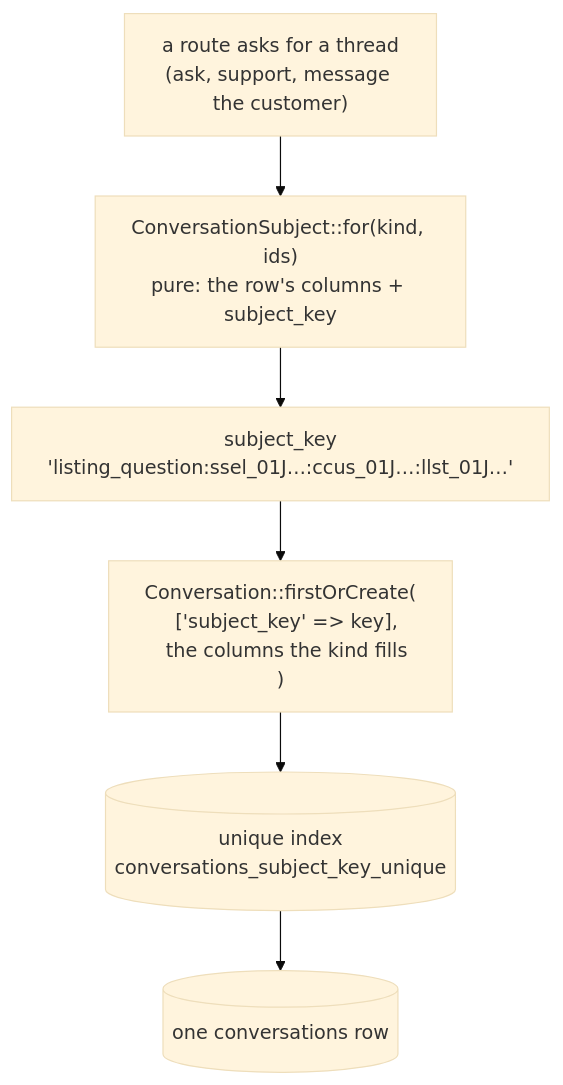
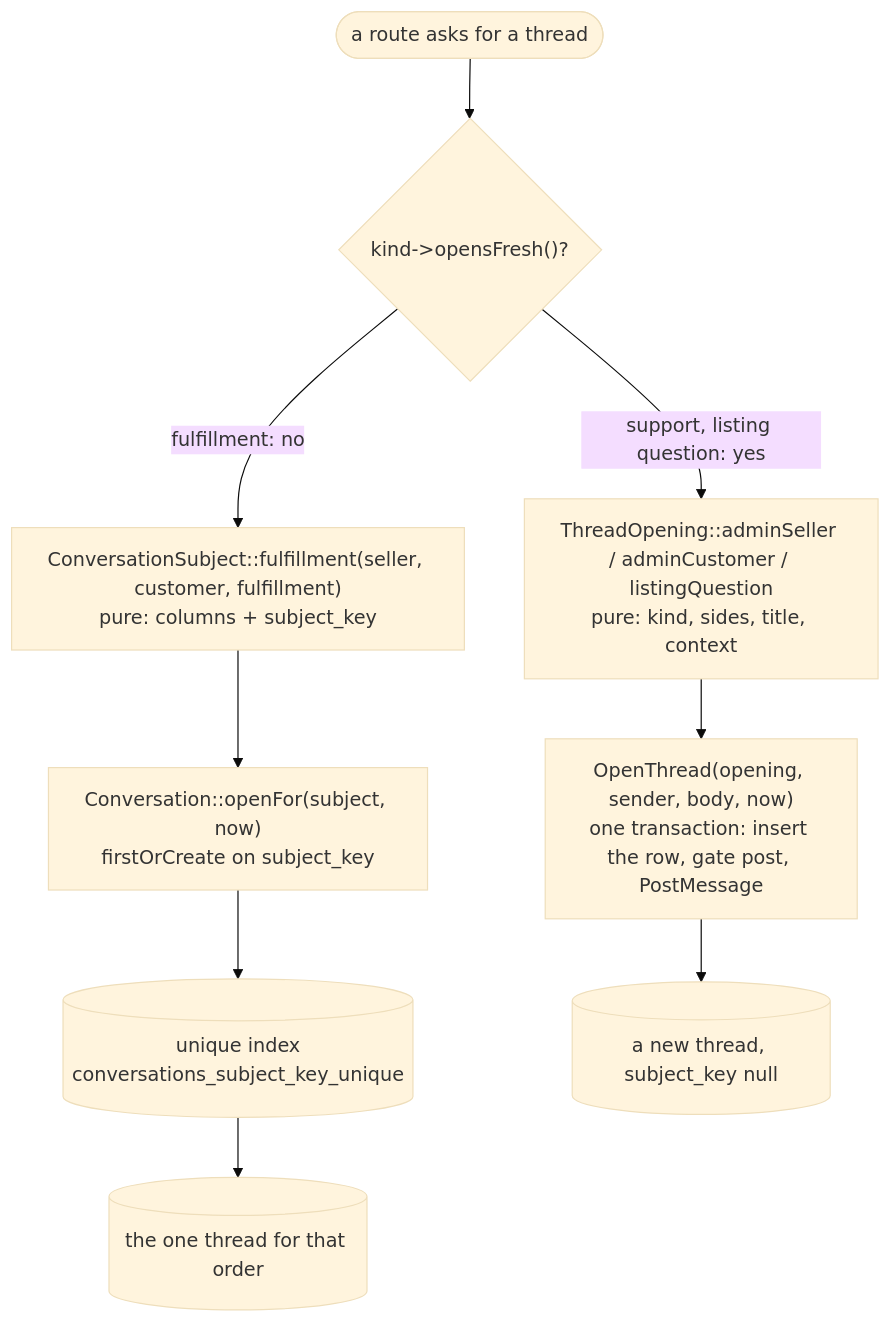
One commit to jonathan-beebe/art-store changed the second of 7 diagrams in prototype/php/docs/messaging.md. Above: the diagram before and after it, drawn with Mermaid (base theme). The commit also changed other lines of this file and 156 other files, not shown here.

First line of the commit message:
feat[php]: messaging becomes a first-class support and relationship tool [NO-TICKET] (#62)

````diff
--- a/prototype/php/docs/messaging.md
+++ b/prototype/php/docs/messaging.md
@@ -58,8 +111,11 @@
 ```mermaid
 flowchart TD
-    entry["a route asks for a thread\n(ask, support, message the customer)"] --> subject["ConversationSubject::for(kind, ids)\npure: the row's columns + subject_key"]
-    subject --> key["subject_key\n'listing_question:ssel_01J…:ccus_01J…:llst_01J…'"]
-    key --> find["Conversation::firstOrCreate(\n  ['subject_key' => key],\n  the columns the kind fills\n)"]
+    ask(["a route asks for a thread"]) --> kind{"kind->opensFresh()?"}
+    kind -- "fulfillment: no" --> subject["ConversationSubject::fulfillment(seller, customer, fulfillment)\npure: columns + subject_key"]
+    subject --> find["Conversation::openFor(subject, now)\nfirstOrCreate on subject_key"]
     find --> index[("unique index\nconversations_subject_key_unique")]
-    index --> row[("one conversations row")]
+    index --> one[("the one thread for that order")]
+    kind -- "support, listing question: yes" --> opening["ThreadOpening::adminSeller / adminCustomer / listingQuestion\npure: kind, sides, title, context"]
+    opening --> open["OpenThread(opening, sender, body, now)\none transaction: insert the row, gate post, PostMessage"]
+    open --> fresh[("a new thread, subject_key null")]
 ```
````
